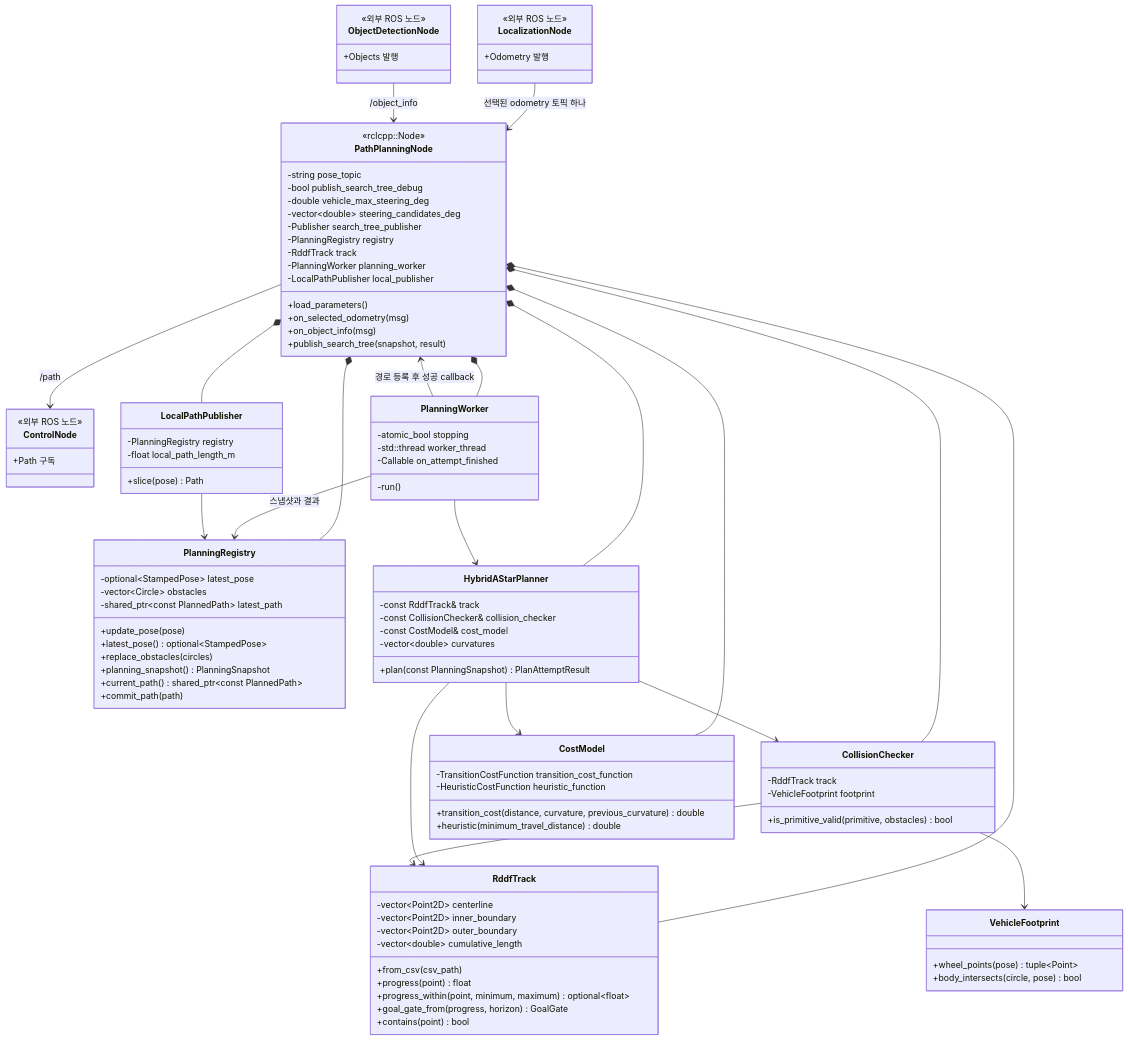
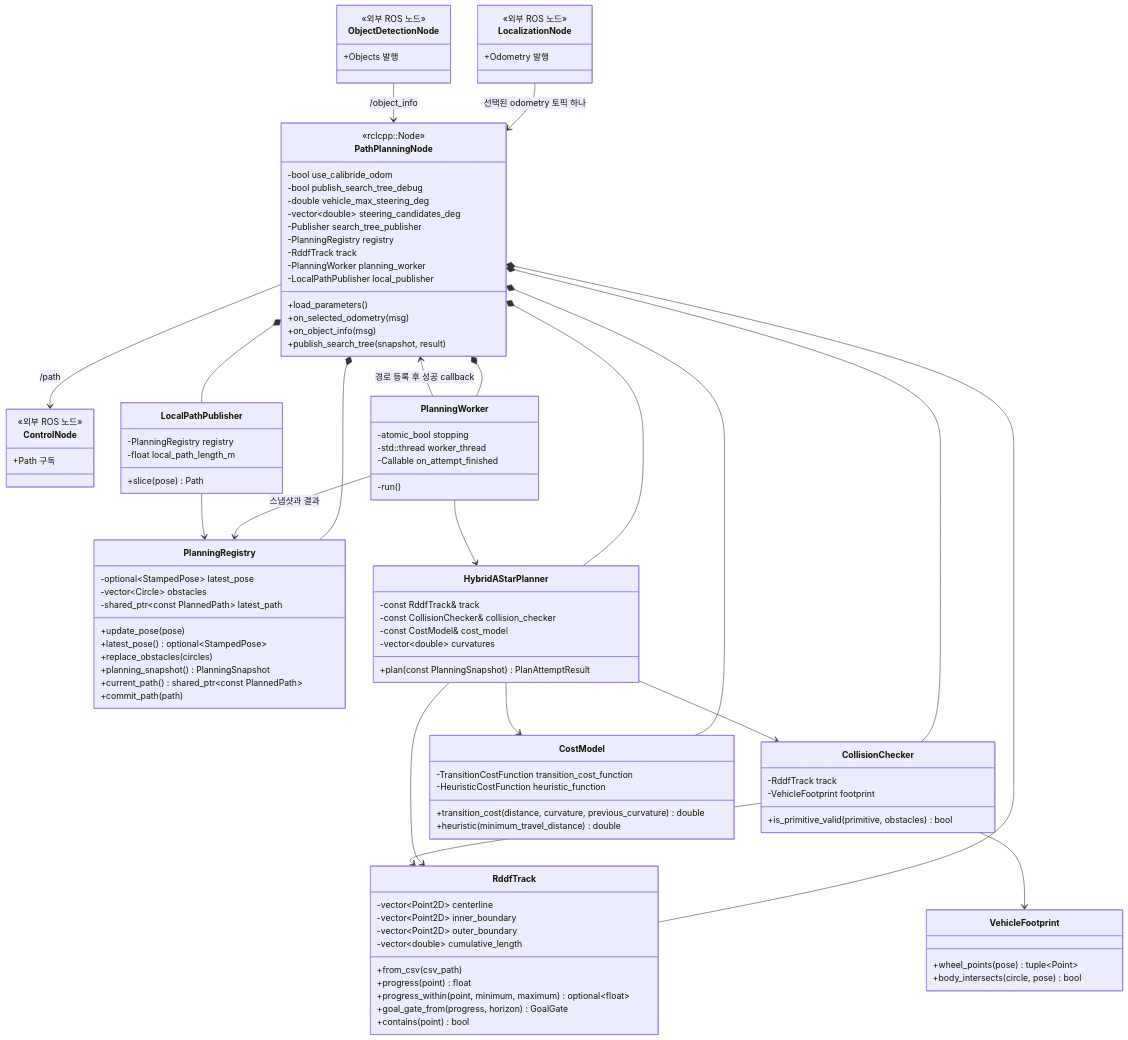
One commit to Team-Stier/AMET2026_coex_stier changed the first of 3 diagrams in src/path_planning/README.md. Above: the diagram before and after it, drawn with Mermaid. The commit also changed other lines of this file and 8 other files, not shown here.

```diff
--- a/src/path_planning/README.md
+++ b/src/path_planning/README.md
@@ -177,7 +178,7 @@
     }
     class PathPlanningNode {
         <<rclcpp::Node>>
-        -string pose_topic
+        -bool use_calibride_odom
         -bool publish_search_tree_debug
         -double vehicle_max_steering_deg
         -vector~double~ steering_candidates_deg
```
